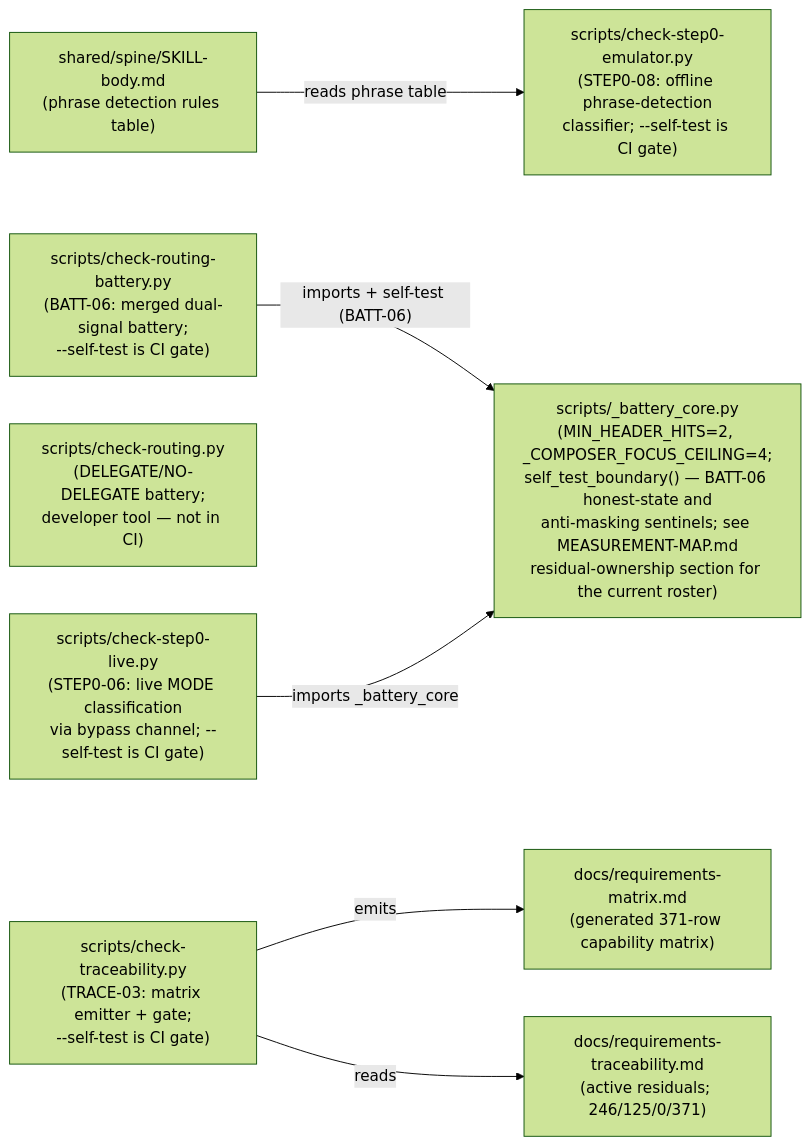
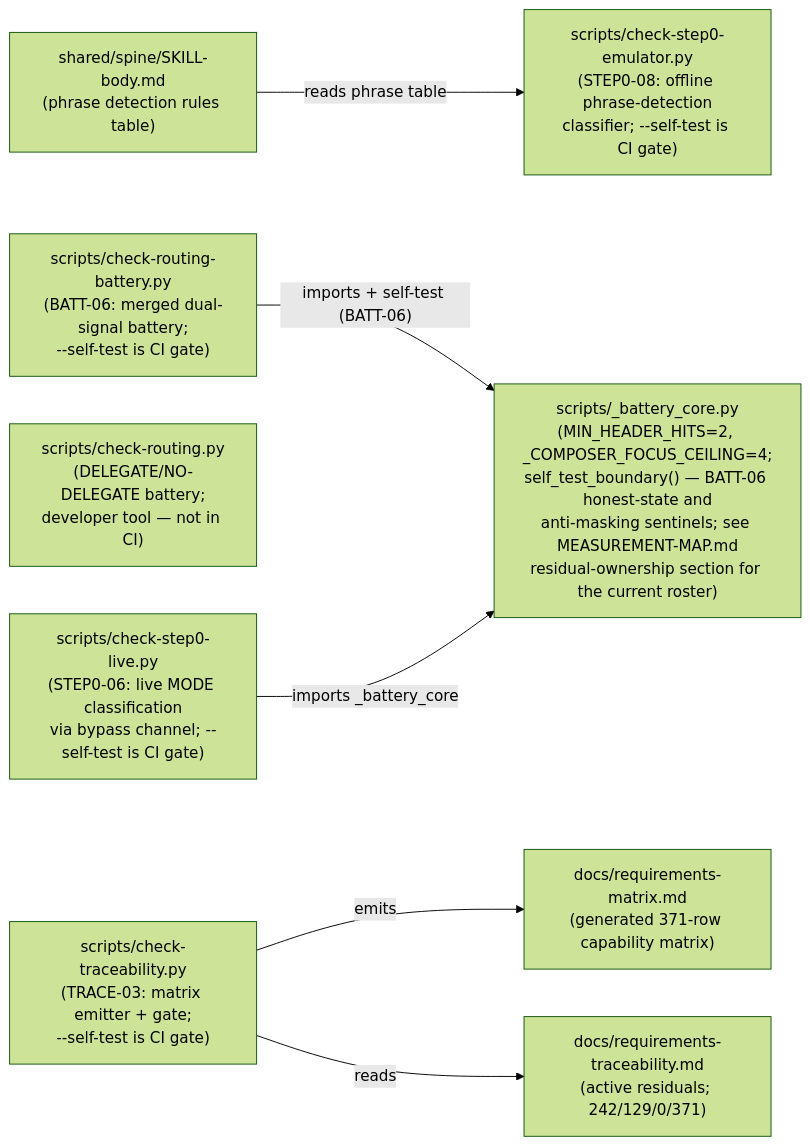
The second of 2 diagrams in docs/COMPONENT-DIAGRAM.md (chrisdavidson/first-principles-skill), drawn with Mermaid (forest theme) before and after one commit. The commit also changed 10 other files, not shown here.

````diff
--- a/docs/COMPONENT-DIAGRAM.md
+++ b/docs/COMPONENT-DIAGRAM.md
@@ -84,24 +84,24 @@
 ```mermaid
 flowchart LR
     SKILLBODY["shared/spine/SKILL-body.md\n(phrase detection rules table)"]
 
     CORE["scripts/_battery_core.py\n(MIN_HEADER_HITS=2, _COMPOSER_FOCUS_CEILING=4;\nself_test_boundary() — BATT-06 honest-state and\nanti-masking sentinels; see MEASUREMENT-MAP.md\nresidual-ownership section for the current roster)"]
 
     BATT["scripts/check-routing-battery.py\n(BATT-06: merged dual-signal battery;\n--self-test is CI gate)"]
     ROUTING["scripts/check-routing.py\n(DELEGATE/NO-DELEGATE battery;\ndeveloper tool — not in CI)"]
 
     EMU["scripts/check-step0-emulator.py\n(STEP0-08: offline phrase-detection\nclassifier; --self-test is CI gate)"]
     LIVE["scripts/check-step0-live.py\n(STEP0-06: live MODE classification\nvia bypass channel; --self-test is CI gate)"]
 
     TRACE["scripts/check-traceability.py\n(TRACE-03: matrix emitter + gate;\n--self-test is CI gate)"]
     MATRIX["docs/requirements-matrix.md\n(generated 371-row capability matrix)"]
-    TRACEABILITY["docs/requirements-traceability.md\n(active residuals; 246/125/0/371)"]
+    TRACEABILITY["docs/requirements-traceability.md\n(active residuals; 242/129/0/371)"]
 
     SKILLBODY -->|"reads phrase table"| EMU
 
     BATT -->|"imports + self-test (BATT-06)"| CORE
     LIVE -->|"imports _battery_core"| CORE
 
     TRACE -->|"emits"| MATRIX
     TRACE -->|"reads"| TRACEABILITY
 ```
````
